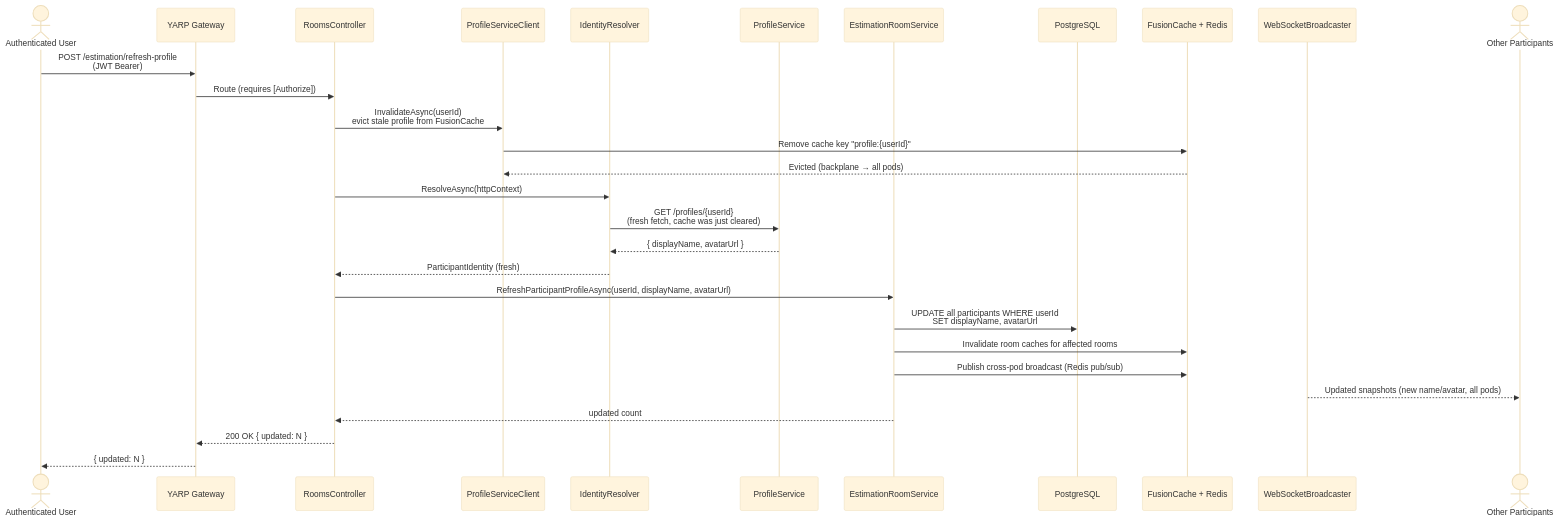
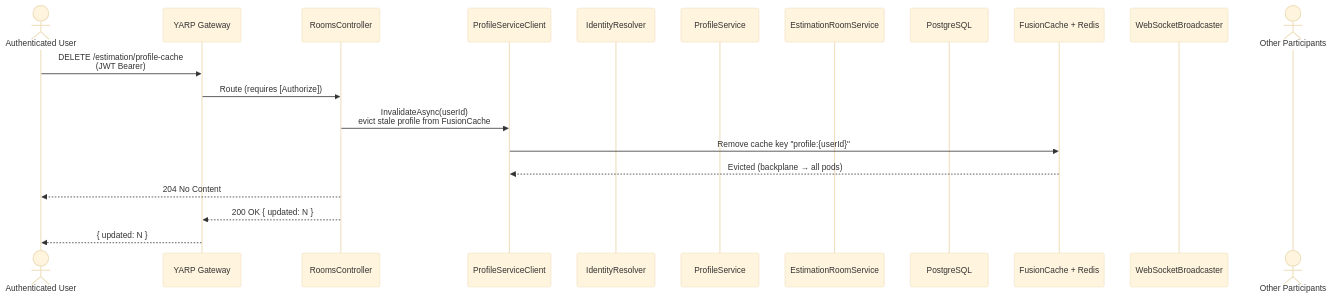
Before and after one commit to HeliosPersonal/overflow: the ninth of 11 diagrams in Overflow.EstimationService/README.md, drawn with Mermaid (base theme). The commit also changed other lines of this file and 8 other files, not shown here.

````diff
--- a/Overflow.EstimationService/README.md
+++ b/Overflow.EstimationService/README.md
@@ -430,34 +430,24 @@
 ```mermaid
 sequenceDiagram
     actor User as Authenticated User
     participant GW as YARP Gateway
     participant EC as RoomsController
     participant PC as ProfileServiceClient
     participant IR as IdentityResolver
     participant PS as ProfileService
     participant SVC as EstimationRoomService
     participant DB as PostgreSQL
     participant FC as FusionCache + Redis
     participant WS as WebSocketBroadcaster
     actor Others as Other Participants
 
-    User->>GW: POST /estimation/refresh-profile<br/>(JWT Bearer)
+    User->>GW: DELETE /estimation/profile-cache<br/>(JWT Bearer)
     GW->>EC: Route (requires [Authorize])
     EC->>PC: InvalidateAsync(userId)<br/>evict stale profile from FusionCache
     PC->>FC: Remove cache key "profile:{userId}"
     FC-->>PC: Evicted (backplane → all pods)
 
-    EC->>IR: ResolveAsync(httpContext)
-    IR->>PS: GET /profiles/{userId}<br/>(fresh fetch, cache was just cleared)
-    PS-->>IR: { displayName, avatarUrl }
-    IR-->>EC: ParticipantIdentity (fresh)
-
-    EC->>SVC: RefreshParticipantProfileAsync(userId, displayName, avatarUrl)
-    SVC->>DB: UPDATE all participants WHERE userId<br/>SET displayName, avatarUrl
-    SVC->>FC: Invalidate room caches for affected rooms
-    SVC->>FC: Publish cross-pod broadcast (Redis pub/sub)
-    WS-->>Others: Updated snapshots (new name/avatar, all pods)
-    SVC-->>EC: updated count
+    EC-->>User: 204 No Content
     EC-->>GW: 200 OK { updated: N }
     GW-->>User: { updated: N }
 ```
````
